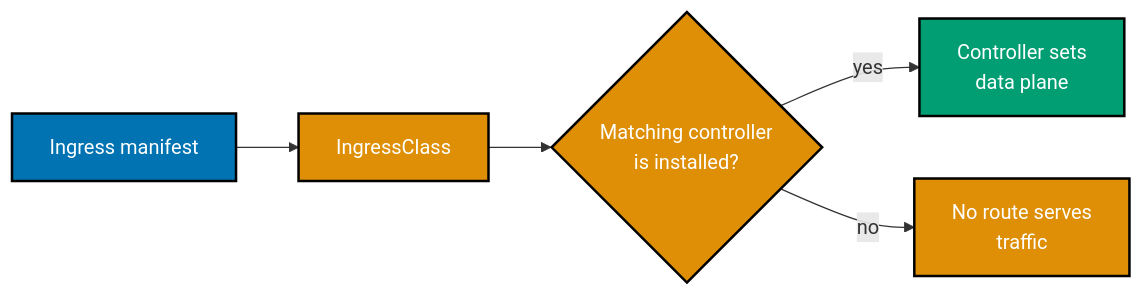
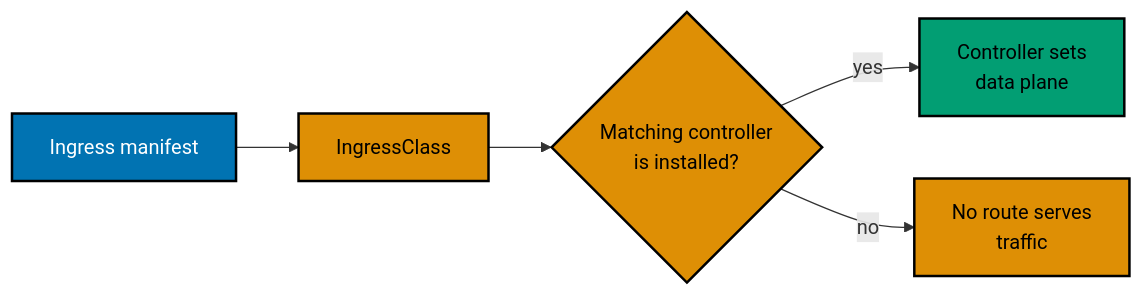
Before and after one commit to wahidyankf/ose-public: diagram 15 of 17 in apps/ayokoding-www/content/en/learn/courses/containers-and-orchestration/learning/intermediate.md, drawn with Mermaid. The commit also changed other lines of this file and 144 other files, not shown here.

First line of the commit message:
fix(mermaid): bring the first half of the courses diagrams onto the accessible palette

````diff
--- a/apps/ayokoding-www/content/en/learn/courses/containers-and-orchestration/learning/intermediate.md
+++ b/apps/ayokoding-www/content/en/learn/courses/containers-and-orchestration/learning/intermediate.md
@@ -1117,15 +1159,18 @@
 ```mermaid
 %% Color Palette: Blue #0173B2, Orange #DE8F05, Teal #029E73; color-blind friendly WCAG AA palette
 graph LR
+    accTitle: Example 53: Ingress controller required
+    accDescr: Graph with 5 nodes and 4 connections. Nodes: Ingress manifest, IngressClass, Matching controller is installed?, Controller sets data plane, No route serves traffic. Connections: Ingress manifest to IngressClass, IngressClass to Matching controller is installed?, Matching controller is installed? to Controller sets data plane (yes), Matching controller is installed? to No route serves traffic (no).
     I["Ingress manifest"]:::blue
     C["IngressClass"]:::orange
     D{"Matching controller<br/>is installed?"}:::orange
     P["Controller sets<br/>data plane"]:::teal
     N["No route serves<br/>traffic"]:::orange
     I --> C --> D
     D -->|"yes"| P
     D -->|"no"| N
     classDef blue fill:#0173B2,stroke:#000000,color:#FFFFFF,stroke-width:2px
-    classDef teal fill:#029E73,stroke:#000000,color:#FFFFFF,stroke-width:2px
-    classDef orange fill:#DE8F05,stroke:#000000,color:#FFFFFF,stroke-width:2px
+    classDef teal fill:#029E73,stroke:#000000,color:#000000,stroke-width:2px
+    classDef orange fill:#DE8F05,stroke:#000000,color:#000000,stroke-width:2px
+    classDef default fill:#FFFFFF,stroke:#000000,color:#000000
 ```
````
